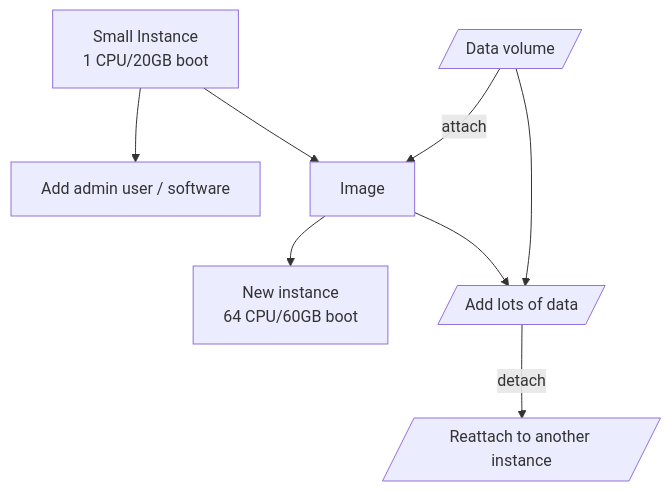
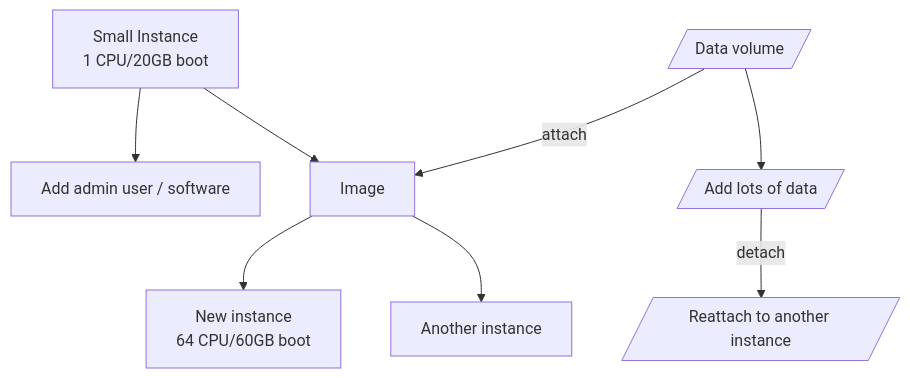
The diagram in getting-started.md (AntibodyEngineers/2024-Antibodies-and-AI), drawn with Mermaid before and after one commit.

````diff
--- a/getting-started.md
+++ b/getting-started.md
@@ -7,10 +7,10 @@
 ```mermaid
     graph TD
     
     A[Small Instance<br/>1 CPU/20GB boot] --> B[Add admin user / software]
     A --> C[Image] --> D[New instance<br/>64 CPU/60GB boot]
     E[/Data volume/]
     E -- attach --> C
-    C --> F[Another instance]
+    C --> H[Another instance]
     E --> F[/Add lots of data/] -- detach --> G[/Reattach to another instance/]
 ```
````
